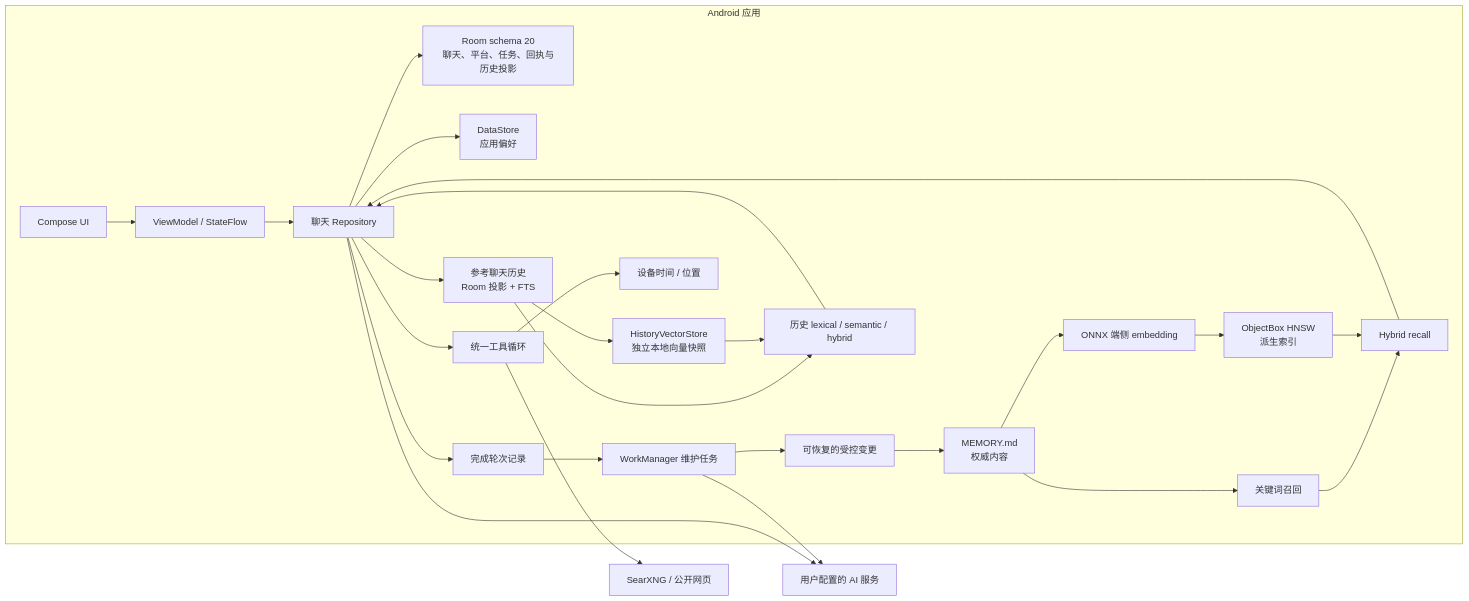
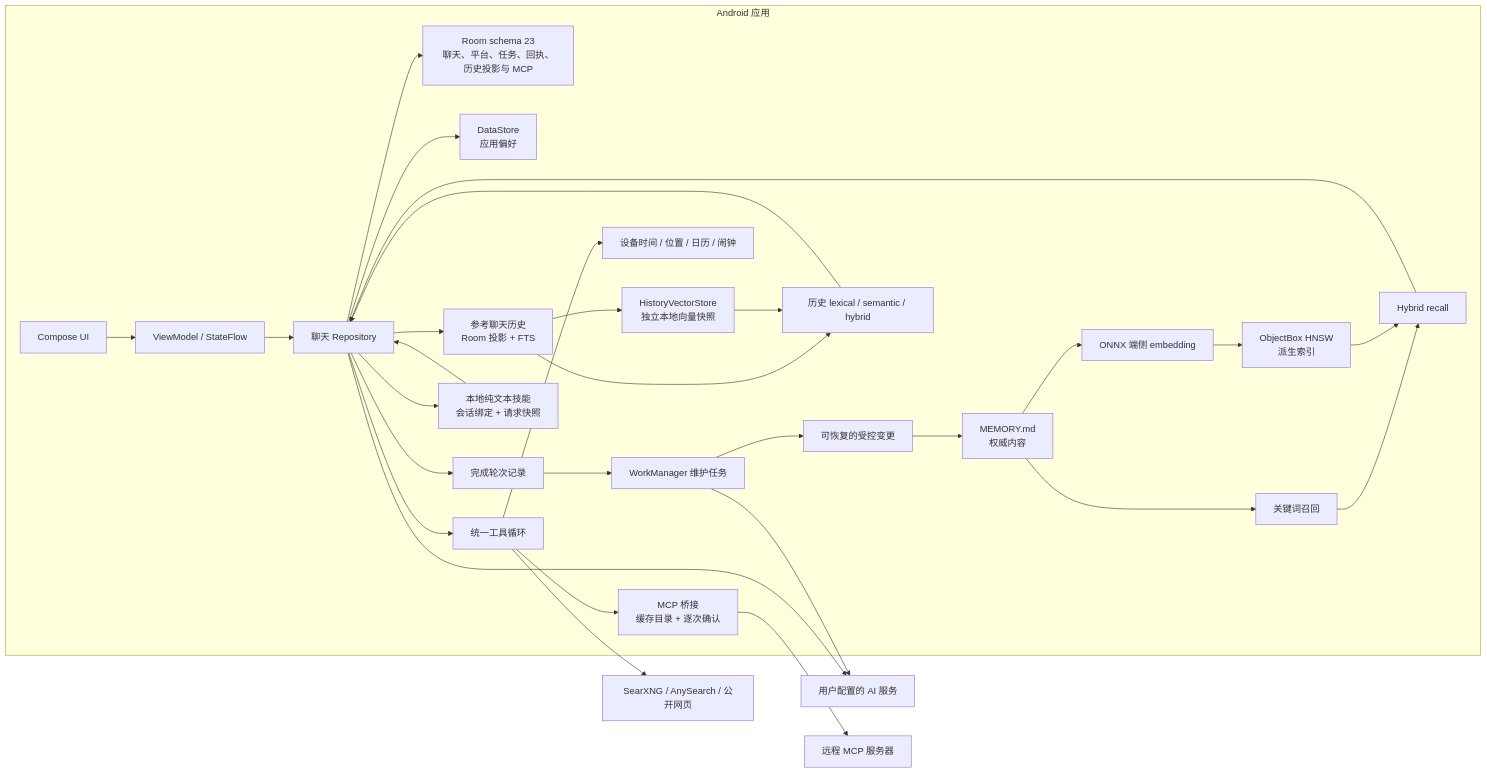
One commit to NaBr406/ChatWithChat changed the second of 2 diagrams in README.md. Above: the diagram before and after it, drawn with Mermaid. The commit also changed other lines of this file and 1 other file, not shown here.

````diff
--- a/README.md
+++ b/README.md
@@ -372,30 +447,34 @@
 ```mermaid
 flowchart LR
     subgraph APP["Android 应用"]
         UI["Compose UI"] --> VM["ViewModel / StateFlow"]
         VM --> CHAT["聊天 Repository"]
-        CHAT --> ROOM["Room schema 20<br/>聊天、平台、任务、回执与历史投影"]
+        CHAT --> ROOM["Room schema 23<br/>聊天、平台、任务、回执、历史投影与 MCP"]
         CHAT --> DATASTORE["DataStore<br/>应用偏好"]
         CHAT --> TOOLS["统一工具循环"]
         CHAT --> RECORDER["完成轮次记录"]
         RECORDER --> WORK["WorkManager 维护任务"]
         WORK --> MUTATION["可恢复的受控变更"]
         MUTATION --> MARKDOWN["MEMORY.md<br/>权威内容"]
         MARKDOWN --> LEXICAL["关键词召回"]
         MARKDOWN --> EMBEDDING["ONNX 端侧 embedding"]
         EMBEDDING --> VECTOR["ObjectBox HNSW<br/>派生索引"]
         LEXICAL --> HYBRID["Hybrid recall"]
         VECTOR --> HYBRID
         HYBRID --> CHAT
         CHAT --> HISTORY["参考聊天历史<br/>Room 投影 + FTS"]
         HISTORY --> HISTORY_VECTOR["HistoryVectorStore<br/>独立本地向量快照"]
         HISTORY --> HISTORY_RECALL["历史 lexical / semantic / hybrid"]
         HISTORY_VECTOR --> HISTORY_RECALL
         HISTORY_RECALL --> CHAT
-        TOOLS --> DEVICE["设备时间 / 位置"]
+        CHAT --> SKILLS["本地纯文本技能<br/>会话绑定 + 请求快照"]
+        SKILLS --> CHAT
+        TOOLS --> DEVICE["设备时间 / 位置 / 日历 / 闹钟"]
+        TOOLS --> MCP["MCP 桥接<br/>缓存目录 + 逐次确认"]
     end
 
     CHAT --> PROVIDERS["用户配置的 AI 服务"]
     WORK --> PROVIDERS
-    TOOLS --> SEARCH["SearXNG / 公开网页"]
+    TOOLS --> SEARCH["SearXNG / AnySearch / 公开网页"]
+    MCP --> MCP_SERVERS["远程 MCP 服务器"]
 ```
````
